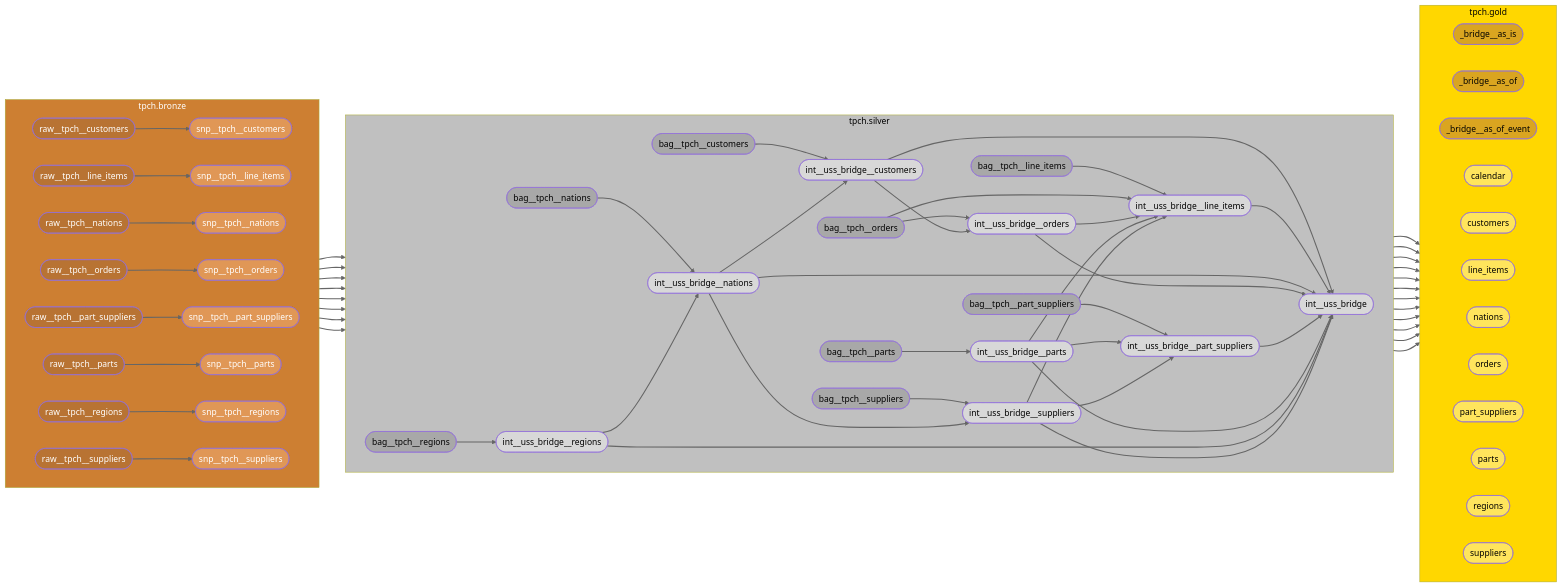
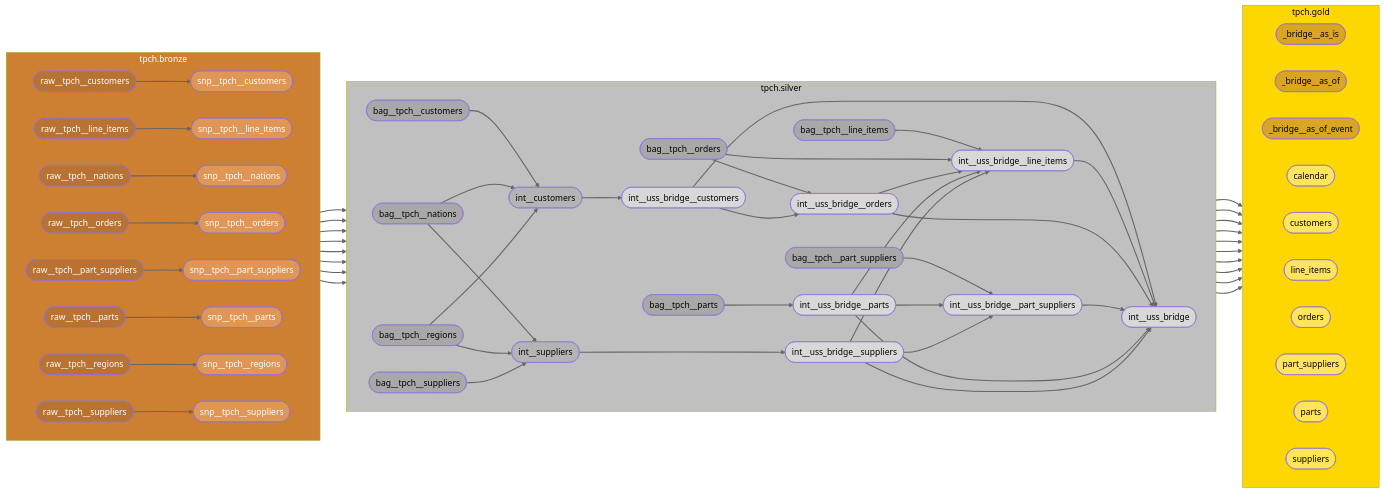
One commit to mattiasthalen/tpch changed the diagram in dag.mmd. Above: the diagram before and after it, drawn with Mermaid. The commit also changed 18 other files, not shown here.

```diff
--- a/dag.mmd
+++ b/dag.mmd
@@ -1,193 +1,191 @@
 flowchart LR
     subgraph tpch.bronze["tpch.bronze"]
         direction LR
         raw__tpch__customers(["raw__tpch__customers"])
         raw__tpch__line_items(["raw__tpch__line_items"])
         raw__tpch__nations(["raw__tpch__nations"])
         raw__tpch__orders(["raw__tpch__orders"])
         raw__tpch__part_suppliers(["raw__tpch__part_suppliers"])
         raw__tpch__parts(["raw__tpch__parts"])
         raw__tpch__regions(["raw__tpch__regions"])
         raw__tpch__suppliers(["raw__tpch__suppliers"])
         snp__tpch__customers(["snp__tpch__customers"])
         snp__tpch__line_items(["snp__tpch__line_items"])
         snp__tpch__nations(["snp__tpch__nations"])
         snp__tpch__orders(["snp__tpch__orders"])
         snp__tpch__part_suppliers(["snp__tpch__part_suppliers"])
         snp__tpch__parts(["snp__tpch__parts"])
         snp__tpch__regions(["snp__tpch__regions"])
         snp__tpch__suppliers(["snp__tpch__suppliers"])
     end
 
     subgraph tpch.silver["tpch.silver"]
         direction LR
         bag__tpch__customers(["bag__tpch__customers"])
         bag__tpch__line_items(["bag__tpch__line_items"])
         bag__tpch__nations(["bag__tpch__nations"])
         bag__tpch__orders(["bag__tpch__orders"])
         bag__tpch__part_suppliers(["bag__tpch__part_suppliers"])
         bag__tpch__parts(["bag__tpch__parts"])
         bag__tpch__regions(["bag__tpch__regions"])
         bag__tpch__suppliers(["bag__tpch__suppliers"])
+        int__customers(["int__customers"])
+        int__suppliers(["int__suppliers"])
         int__uss_bridge(["int__uss_bridge"])
         int__uss_bridge__customers(["int__uss_bridge__customers"])
         int__uss_bridge__line_items(["int__uss_bridge__line_items"])
-        int__uss_bridge__nations(["int__uss_bridge__nations"])
         int__uss_bridge__orders(["int__uss_bridge__orders"])
         int__uss_bridge__part_suppliers(["int__uss_bridge__part_suppliers"])
         int__uss_bridge__parts(["int__uss_bridge__parts"])
-        int__uss_bridge__regions(["int__uss_bridge__regions"])
         int__uss_bridge__suppliers(["int__uss_bridge__suppliers"])
     end
 
     subgraph tpch.gold["tpch.gold"]
         direction LR
         _bridge__as_is(["_bridge__as_is"])
         _bridge__as_of(["_bridge__as_of"])
         _bridge__as_of_event(["_bridge__as_of_event"])
         calendar(["calendar"])
         customers(["customers"])
         line_items(["line_items"])
-        nations(["nations"])
         orders(["orders"])
         part_suppliers(["part_suppliers"])
         parts(["parts"])
-        regions(["regions"])
         suppliers(["suppliers"])
     end
 
     %% tpch.bronze -> tpch.bronze
     raw__tpch__customers --> snp__tpch__customers
     raw__tpch__line_items --> snp__tpch__line_items
     raw__tpch__nations --> snp__tpch__nations
     raw__tpch__orders --> snp__tpch__orders
     raw__tpch__part_suppliers --> snp__tpch__part_suppliers
     raw__tpch__parts --> snp__tpch__parts
     raw__tpch__regions --> snp__tpch__regions
     raw__tpch__suppliers --> snp__tpch__suppliers
 
     %% tpch.bronze -> tpch.silver
     snp__tpch__customers --> bag__tpch__customers
     snp__tpch__line_items --> bag__tpch__line_items
     snp__tpch__nations --> bag__tpch__nations
     snp__tpch__orders --> bag__tpch__orders
     snp__tpch__part_suppliers --> bag__tpch__part_suppliers
     snp__tpch__parts --> bag__tpch__parts
     snp__tpch__regions --> bag__tpch__regions
     snp__tpch__suppliers --> bag__tpch__suppliers
 
     %% tpch.silver -> tpch.silver
-    bag__tpch__customers --> int__uss_bridge__customers
+    bag__tpch__customers --> int__customers
     bag__tpch__line_items --> int__uss_bridge__line_items
-    bag__tpch__nations --> int__uss_bridge__nations
+    bag__tpch__nations --> int__customers
+    bag__tpch__nations --> int__suppliers
     bag__tpch__orders --> int__uss_bridge__line_items
     bag__tpch__orders --> int__uss_bridge__orders
     bag__tpch__part_suppliers --> int__uss_bridge__part_suppliers
     bag__tpch__parts --> int__uss_bridge__parts
-    bag__tpch__regions --> int__uss_bridge__regions
-    bag__tpch__suppliers --> int__uss_bridge__suppliers
+    bag__tpch__regions --> int__customers
+    bag__tpch__regions --> int__suppliers
+    bag__tpch__suppliers --> int__suppliers
+    int__customers --> int__uss_bridge__customers
+    int__suppliers --> int__uss_bridge__suppliers
     int__uss_bridge__customers --> int__uss_bridge
     int__uss_bridge__customers --> int__uss_bridge__orders
     int__uss_bridge__line_items --> int__uss_bridge
-    int__uss_bridge__nations --> int__uss_bridge
-    int__uss_bridge__nations --> int__uss_bridge__customers
-    int__uss_bridge__nations --> int__uss_bridge__suppliers
     int__uss_bridge__orders --> int__uss_bridge
     int__uss_bridge__orders --> int__uss_bridge__line_items
     int__uss_bridge__part_suppliers --> int__uss_bridge
     int__uss_bridge__parts --> int__uss_bridge
     int__uss_bridge__parts --> int__uss_bridge__line_items
     int__uss_bridge__parts --> int__uss_bridge__part_suppliers
-    int__uss_bridge__regions --> int__uss_bridge
-    int__uss_bridge__regions --> int__uss_bridge__nations
     int__uss_bridge__suppliers --> int__uss_bridge
     int__uss_bridge__suppliers --> int__uss_bridge__line_items
     int__uss_bridge__suppliers --> int__uss_bridge__part_suppliers
 
     %% tpch.silver -> tpch.gold
-    bag__tpch__customers --> customers
     bag__tpch__line_items --> line_items
-    bag__tpch__nations --> nations
     bag__tpch__orders --> orders
     bag__tpch__part_suppliers --> part_suppliers
     bag__tpch__parts --> parts
-    bag__tpch__regions --> regions
-    bag__tpch__suppliers --> suppliers
+    int__customers --> customers
+    int__suppliers --> suppliers
     int__uss_bridge --> _bridge__as_is
     int__uss_bridge --> _bridge__as_of
     int__uss_bridge --> _bridge__as_of_event
     int__uss_bridge --> calendar
     
     linkStyle default stroke:#666,stroke-width:2px
 
     %% Bronze shades
     classDef bronze_classic fill:#CD7F32,color:white
     classDef bronze_dark fill:#B87333,color:white
     classDef bronze_light fill:#E09756,color:white
     classDef bronze_antique fill:#966B47,color:white
     
     %% Silver shades
     classDef silver_classic fill:#C0C0C0,color:black
     classDef silver_dark fill:#A8A8A8,color:black
     classDef silver_light fill:#D8D8D8,color:black
     classDef silver_antique fill:#B4B4B4,color:black
     
     %% Gold shades
     classDef gold_classic fill:#FFD700,color:black
     classDef gold_dark fill:#DAA520,color:black
     classDef gold_light fill:#FFE55C,color:black
     classDef gold_antique fill:#CFB53B,color:black
 
     class tpch.bronze bronze_classic
     class raw__tpch__customers bronze_dark
     class raw__tpch__line_items bronze_dark
     class raw__tpch__nations bronze_dark
     class raw__tpch__orders bronze_dark
     class raw__tpch__part_suppliers bronze_dark
     class raw__tpch__parts bronze_dark
     class raw__tpch__regions bronze_dark
     class raw__tpch__suppliers bronze_dark
     
     class snp__tpch__customers bronze_light
     class snp__tpch__line_items bronze_light
     class snp__tpch__nations bronze_light
     class snp__tpch__orders bronze_light
     class snp__tpch__part_suppliers bronze_light
     class snp__tpch__parts bronze_light
     class snp__tpch__regions bronze_light
     class snp__tpch__suppliers bronze_light
     
     class tpch.silver silver_classic
     class bag__tpch__customers silver_dark
     class bag__tpch__line_items silver_dark
     class bag__tpch__nations silver_dark
     class bag__tpch__orders silver_dark
     class bag__tpch__part_suppliers silver_dark
     class bag__tpch__parts silver_dark
     class bag__tpch__regions silver_dark
     class bag__tpch__suppliers silver_dark
     
+    class int__customers silver_antique
+    class int__suppliers silver_antique
+
     class int__uss_bridge silver_light
     class int__uss_bridge__customers silver_light
     class int__uss_bridge__line_items silver_light
     class int__uss_bridge__nations silver_light
     class int__uss_bridge__orders silver_light
     class int__uss_bridge__part_suppliers silver_light
     class int__uss_bridge__parts silver_light
     class int__uss_bridge__regions silver_light
     class int__uss_bridge__suppliers silver_light
     
     class tpch.gold gold_classic
     class _bridge__as_is gold_dark
     class _bridge__as_of gold_dark
     class _bridge__as_of_event gold_dark
     
     class calendar gold_light
     class customers gold_light
     class line_items gold_light
     class nations gold_light
     class orders gold_light
     class part_suppliers gold_light
     class parts gold_light
     class regions gold_light
     class suppliers gold_light
```
